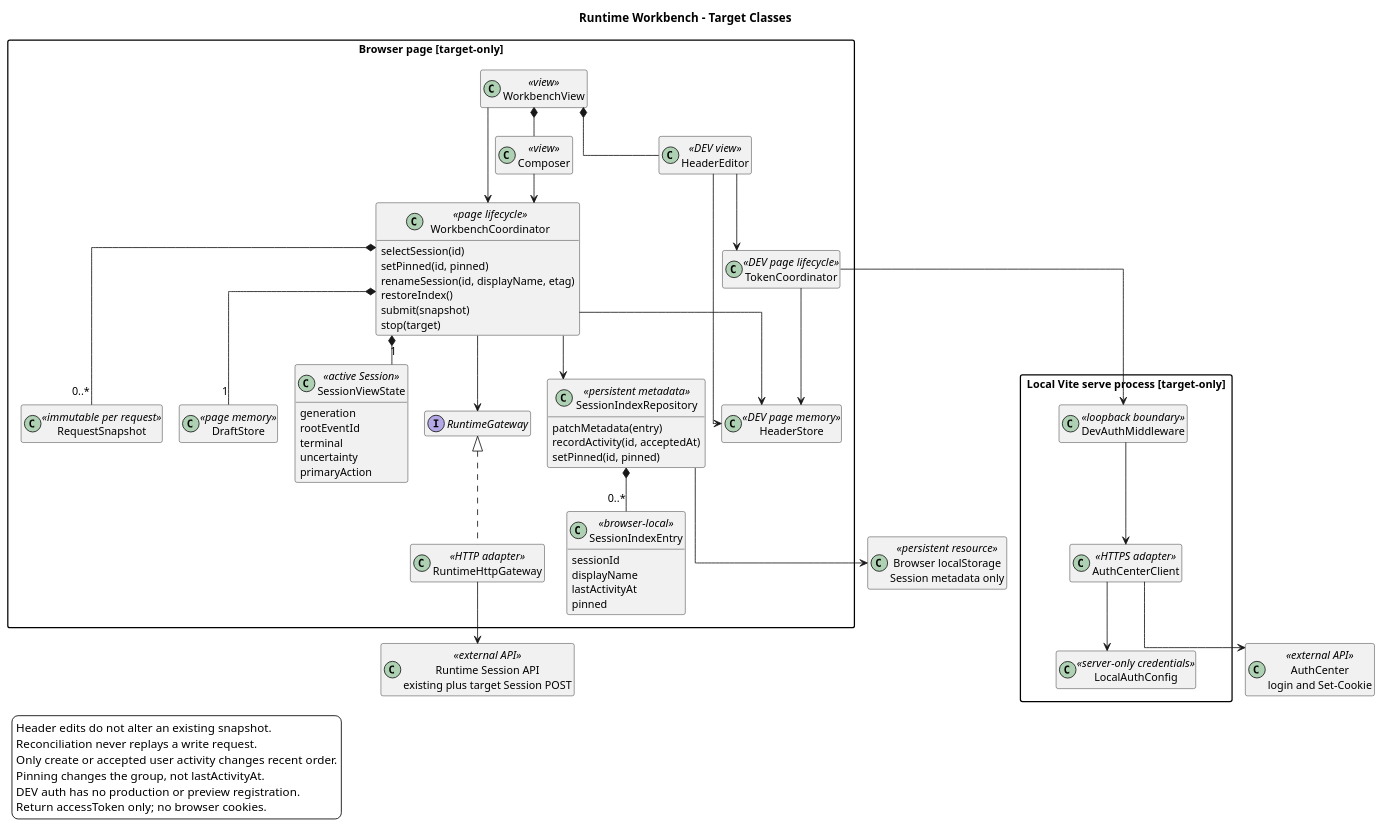
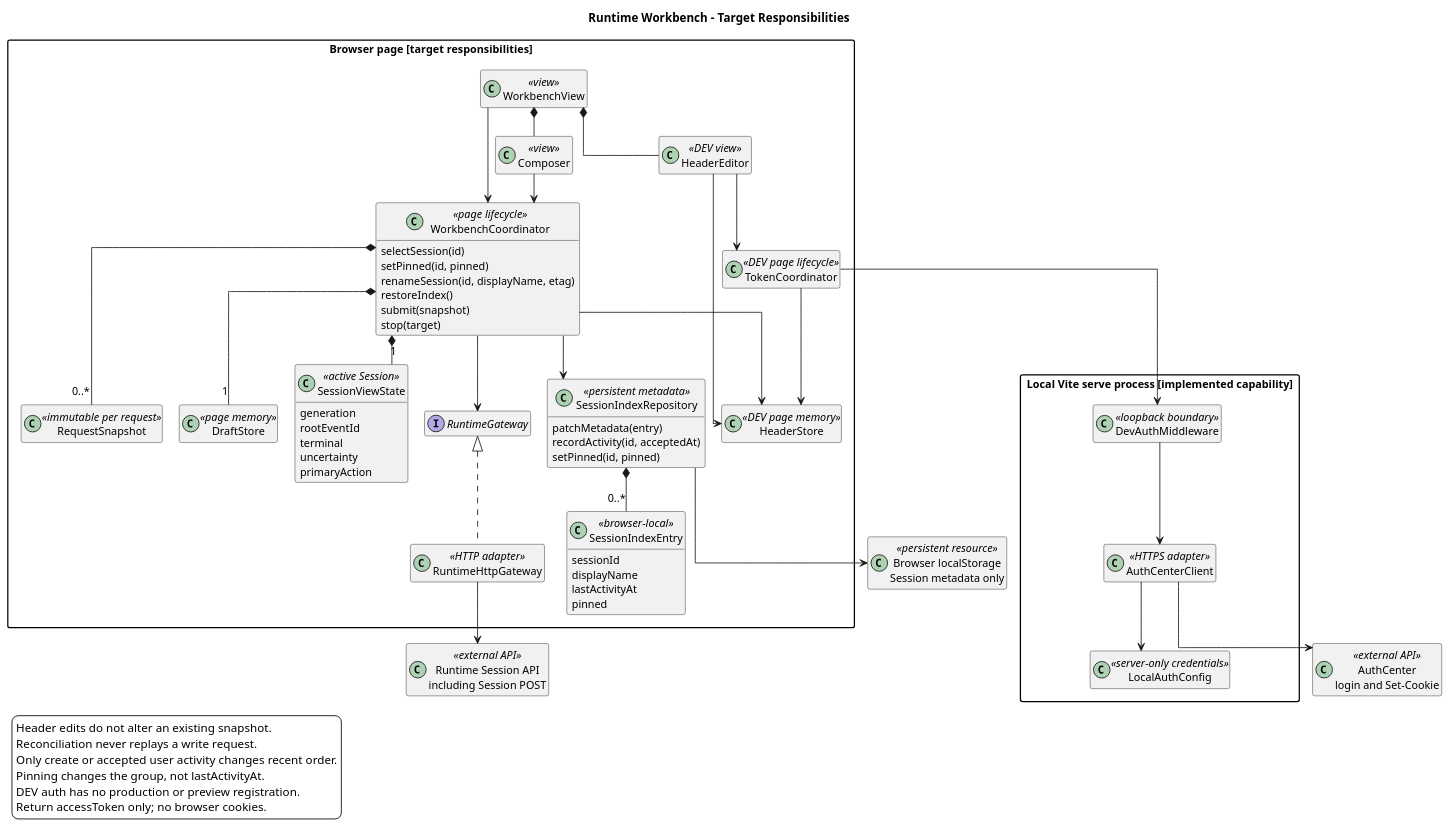
Before and after one commit to ssm0808/pi-mono-java-design: the seventh of 8 diagrams in 01-总体架构/04-CampusClaw前端体验/diagram.puml, drawn with PlantUML. The commit also changed other lines of this file and 12 other files, not shown here.

```diff
--- a/01-总体架构/04-CampusClaw前端体验/diagram.puml
+++ b/01-总体架构/04-CampusClaw前端体验/diagram.puml
@@ -380,104 +380,104 @@
 @startuml target_runtime_workbench
 top to bottom direction
 skinparam backgroundColor white
 skinparam shadowing false
 skinparam defaultFontName SansSerif
 skinparam defaultFontSize 13
 skinparam classAttributeIconSize 0
 skinparam packageStyle rectangle
 skinparam nodesep 20
 skinparam ranksep 35
 skinparam linetype ortho
 hide empty members
-' Source baseline: pi-mono-java@510d882ca45541e0086586dab89c429c5a18cf20
-' Source evidence: frontend/src/App.vue resumeSession and sidebar select
+' Source baseline: pi-mono-java@9f785bea3ffff8f6566cd1b2727285af46a2aead
+' Source evidence: frontend/src/composables/useWorkbenchSessions.ts resumeSession; frontend/src/App.vue sidebar select
 ' Source evidence: frontend/src/runtime/sessionIndex.ts select and upsert
 ' Source evidence: frontend/src/composables/useWorkbenchSessions.ts recordSession and touchCurrentThread
 ' Source evidence: frontend/src/components/AppSidebar.vue threads and select
 ' Source evidence: modules/coding-agent-cli/src/main/java/com/campusclaw/codingagent/runtimeapi/service/command/SessionNamingService.java
 ' Source evidence: modules/coding-agent-cli/src/main/java/com/campusclaw/codingagent/runtimeapi/web/RuntimeSessionController.java
 ' Source evidence: modules/coding-agent-cli/src/main/java/com/campusclaw/codingagent/runtimeapi/web/RuntimeSessionConfigurationController.java
 ' Source evidence: frontend/src/composables/useRuntimeApi.ts recover, canSend, canStop
 ' Source evidence: frontend/src/components/DebugHeaders.vue snapshot
-' Source evidence: frontend/vite.config.ts defineConfig; no auth middleware exists
-' Observed behavior: upsert prepends after selection; no pin field or direct HTTP name route exists.
-' Target-only architecture: every class and relationship below is proposed.
+' Source evidence: frontend/vite.config.ts defineConfig; frontend/dev/authMiddleware.ts devAuthPlugin
+' Observed behavior: recovery, Session POST and DEV auth exist; see source-evidence.md for UI alignment status.
+' Target responsibility view: named facades may be implemented by functions; see source-evidence.md for actual symbols.
 ' Product constraint: selection preserves order; pin and rename are explicit; credentials stay in DEV.
 ' Design reason: one coordinator owns execution state and request generations;
 ' persistent metadata and transient credentials have separate lifecycles.
-title Runtime Workbench - Target Classes
-package "Browser page [target-only]" {
+title Runtime Workbench - Target Responsibilities
+package "Browser page [target responsibilities]" {
   class WorkbenchView <<view>>
   class Composer <<view>>
   class HeaderEditor <<DEV view>>
   class WorkbenchCoordinator <<page lifecycle>> {
     selectSession(id)
     setPinned(id, pinned)
     renameSession(id, displayName, etag)
     restoreIndex()
     submit(snapshot)
     stop(target)
   }
   class SessionViewState <<active Session>> {
     generation
     rootEventId
     terminal
     uncertainty
     primaryAction
   }
   class SessionIndexRepository <<persistent metadata>> {
     patchMetadata(entry)
     recordActivity(id, acceptedAt)
     setPinned(id, pinned)
   }
   class SessionIndexEntry <<browser-local>> {
     sessionId
     displayName
     lastActivityAt
     pinned
   }
   class RequestSnapshot <<immutable per request>>
   class DraftStore <<page memory>>
   class HeaderStore <<DEV page memory>>
   class TokenCoordinator <<DEV page lifecycle>>
   interface RuntimeGateway
   class RuntimeHttpGateway <<HTTP adapter>>
 }
-package "Local Vite serve process [target-only]" {
+package "Local Vite serve process [implemented capability]" {
   class DevAuthMiddleware <<loopback boundary>>
   class AuthCenterClient <<HTTPS adapter>>
   class LocalAuthConfig <<server-only credentials>>
 }
 class "Browser localStorage\nSession metadata only" as Storage <<persistent resource>>
-class "Runtime Session API\nexisting plus target Session POST" as Runtime <<external API>>
+class "Runtime Session API\nincluding Session POST" as Runtime <<external API>>
 class "AuthCenter\nlogin and Set-Cookie" as AuthCenter <<external API>>
 WorkbenchView *-- Composer
 WorkbenchView *-- HeaderEditor
 WorkbenchView --> WorkbenchCoordinator
 Composer --> WorkbenchCoordinator
 HeaderEditor --> HeaderStore
 HeaderEditor --> TokenCoordinator
 WorkbenchCoordinator *-- "1" SessionViewState
 WorkbenchCoordinator *-- "0..*" RequestSnapshot
 WorkbenchCoordinator *-- "1" DraftStore
 WorkbenchCoordinator --> SessionIndexRepository
 SessionIndexRepository *-- "0..*" SessionIndexEntry
 WorkbenchCoordinator --> HeaderStore
 WorkbenchCoordinator --> RuntimeGateway
 RuntimeGateway <|.. RuntimeHttpGateway
 RuntimeHttpGateway --> Runtime
 SessionIndexRepository --> Storage
 TokenCoordinator --> HeaderStore
 TokenCoordinator --> DevAuthMiddleware
 DevAuthMiddleware --> AuthCenterClient
 AuthCenterClient --> LocalAuthConfig
 AuthCenterClient --> AuthCenter
 legend bottom left
   Header edits do not alter an existing snapshot.
   Reconciliation never replays a write request.
   Only create or accepted user activity changes recent order.
   Pinning changes the group, not lastActivityAt.
   DEV auth has no production or preview registration.
   Return accessToken only; no browser cookies.
 endlegend
 @enduml
```
